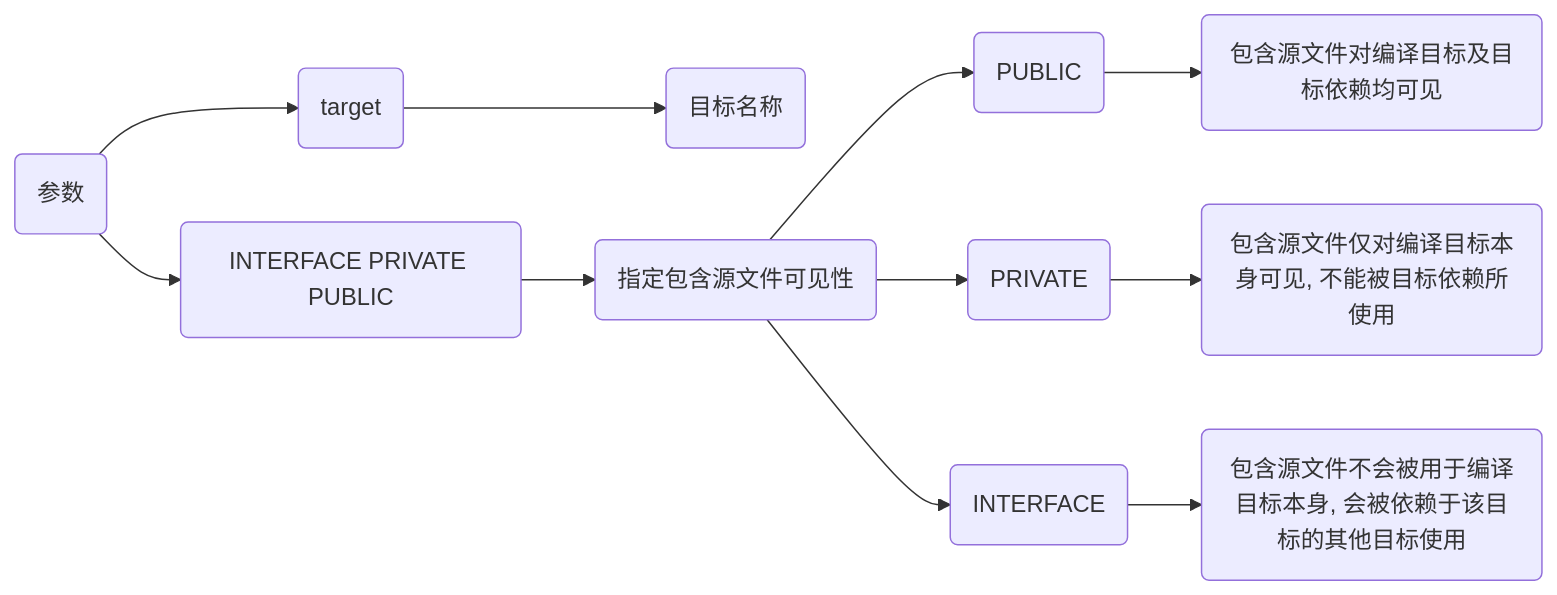
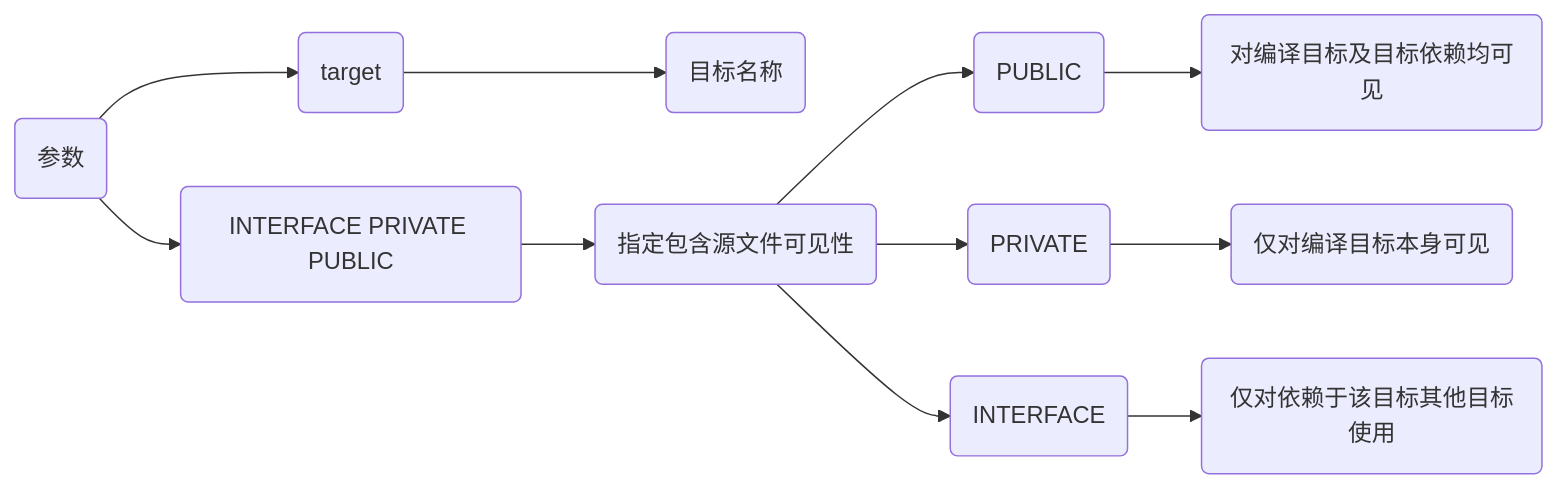
The fourth of 7 diagrams in _posts/software/build_tool/cmake/2024-11-09-语法.md (dmjcb/dmjcb.github.io), drawn with Mermaid before and after one commit. The commit also changed other lines of this file and 33 other files, not shown here.

````diff
--- a/_posts/software/build_tool/cmake/2024-11-09-语法.md
+++ b/_posts/software/build_tool/cmake/2024-11-09-语法.md
@@ -133,9 +217,9 @@
 ```mermaid
 graph LR
     P(参数)
     P-->A(target)-->A1(目标名称)
     P-->D(INTERFACE PRIVATE PUBLIC)-->D1(指定包含源文件可见性)
-        D1-->D11(PUBLIC)-->D111(包含源文件对编译目标及目标依赖均可见)
-        D1-->D12(PRIVATE)-->D121(包含源文件仅对编译目标本身可见, 不能被目标依赖所使用)
-        D1-->D13(INTERFACE)-->D131(包含源文件不会被用于编译目标本身, 会被依赖于该目标的其他目标使用)
+        D1-->D11(PUBLIC)-->D111(对编译目标及目标依赖均可见)
+        D1-->D12(PRIVATE)-->D121(仅对编译目标本身可见)
+        D1-->D13(INTERFACE)-->D131(仅对依赖于该目标其他目标使用)
 ```
````
